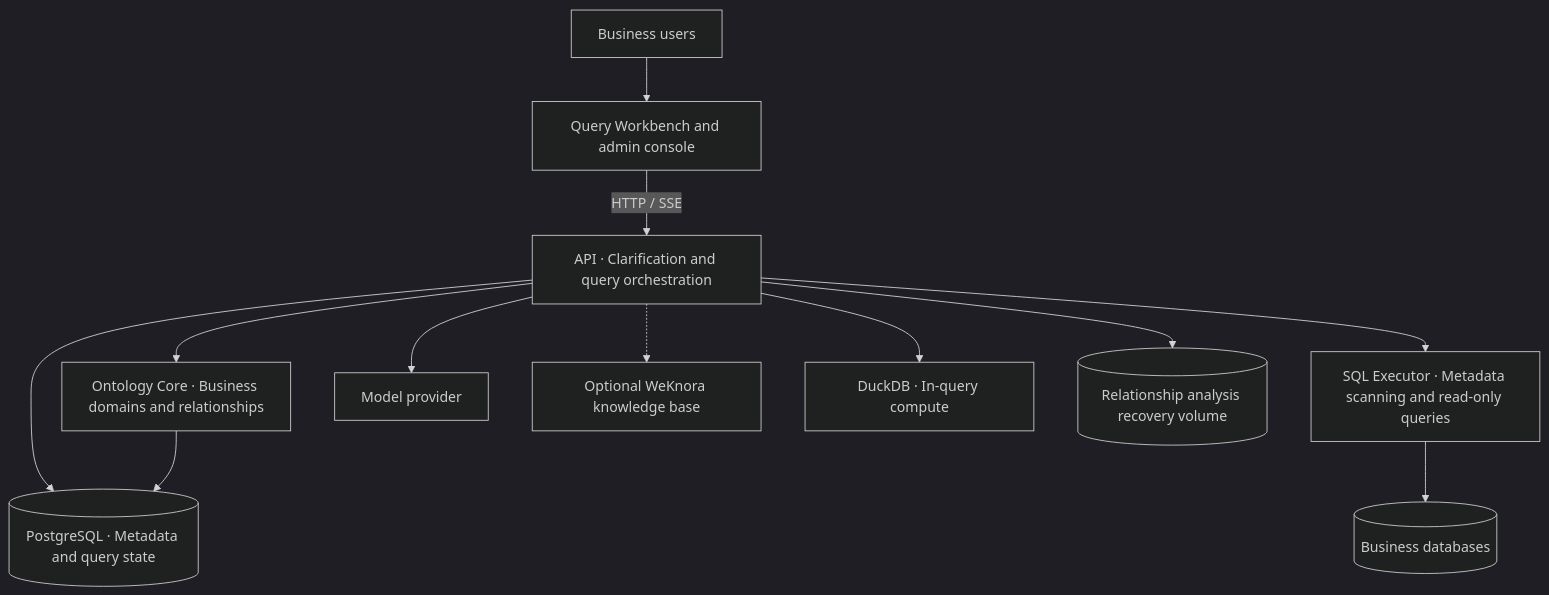
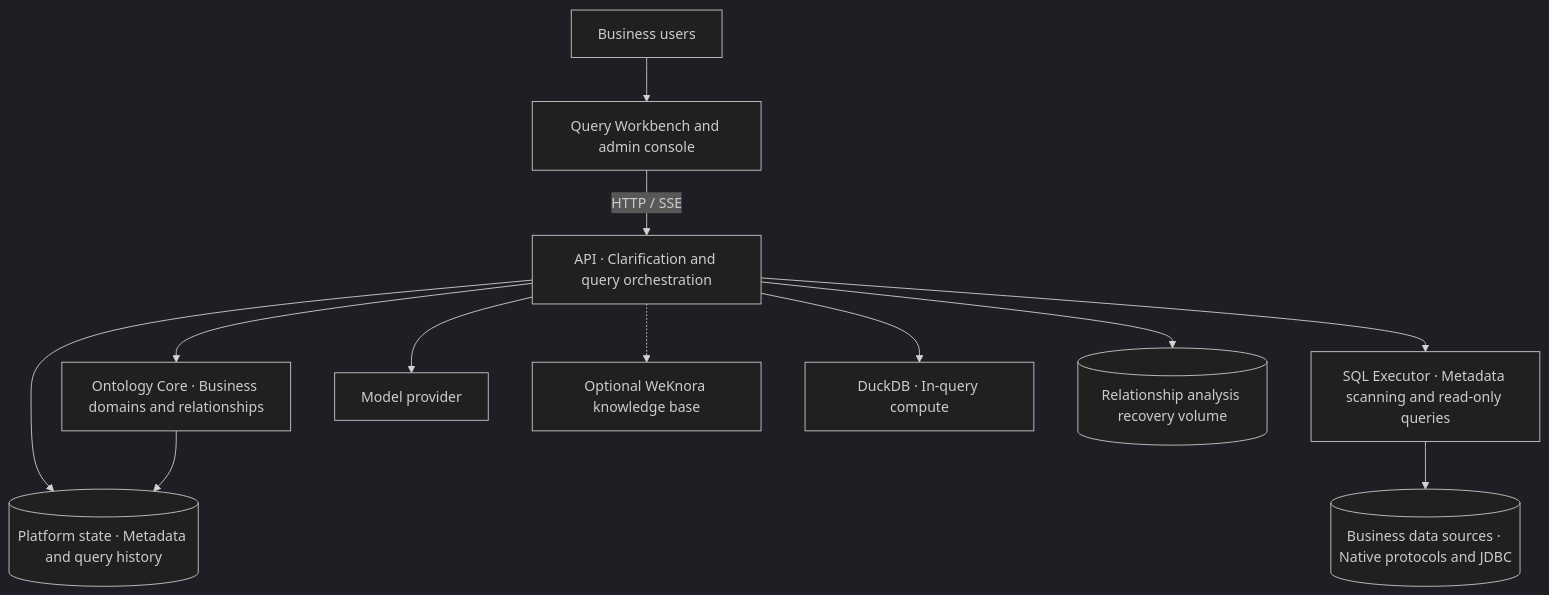
The first of 3 diagrams in README.md (aikernix/semora-community), drawn with Mermaid (dark theme) before and after one commit. The commit also changed other lines of this file and 1 other file, not shown here.

Commit message:
Separate business data sources from platform storage in the architecture

````diff
--- a/README.md
+++ b/README.md
@@ -19,14 +19,14 @@
 ```mermaid
 flowchart TD
     U["Business users"] --> W["Query Workbench and admin console"]
     W -->|HTTP / SSE| A["API · Clarification and query orchestration"]
     A --> O["Ontology Core · Business domains and relationships"]
     A --> E["SQL Executor · Metadata scanning and read-only queries"]
     A --> M["Model provider"]
     A -.-> K["Optional WeKnora knowledge base"]
-    E --> D[("Business databases")]
+    E --> D[("Business data sources · Native protocols and JDBC")]
     A --> Q["DuckDB · In-query compute"]
-    A --> P[("PostgreSQL · Metadata and query state")]
+    A --> P[("Platform state · Metadata and query history")]
     O --> P
     A --> R[("Relationship analysis recovery volume")]
 ```
````
